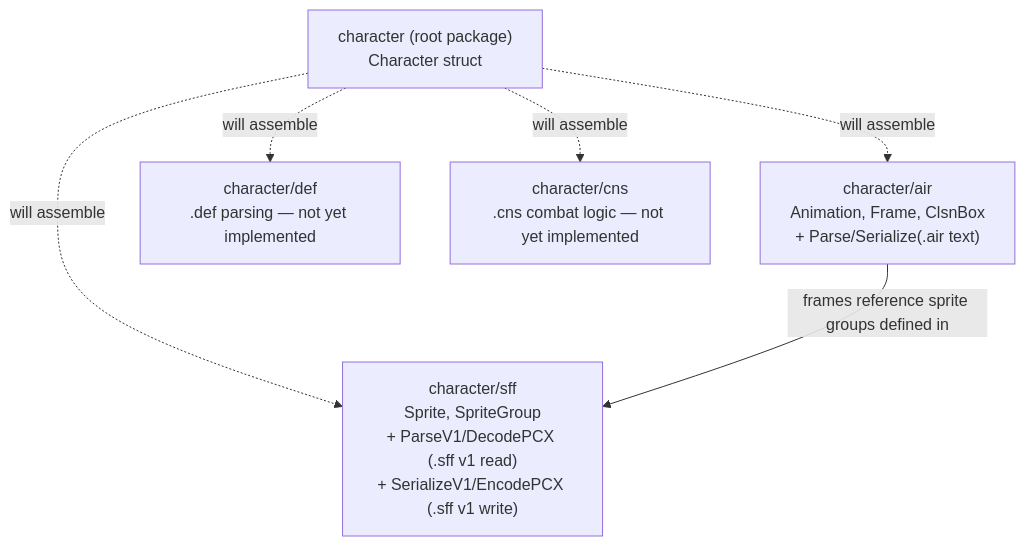
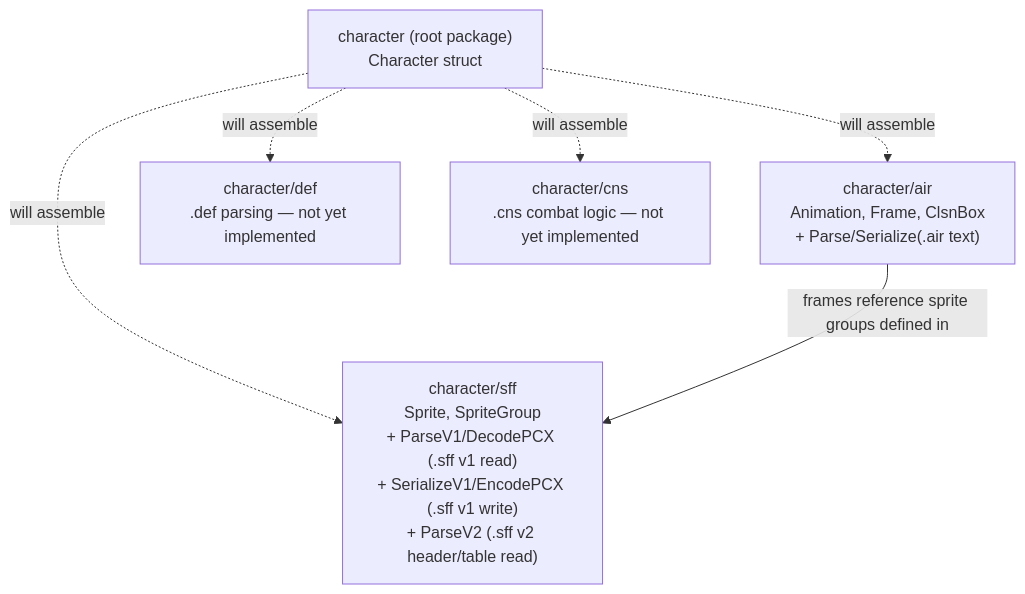
Before and after one commit to openkakutou/character: the diagram in docs/architecture.md, drawn with Mermaid. The commit also changed other lines of this file and 11 other files, not shown here.

````diff
--- a/docs/architecture.md
+++ b/docs/architecture.md
@@ -11,14 +11,14 @@
 ```mermaid
 graph TD
     root["character (root package)<br/>Character struct"]
     air["character/air<br/>Animation, Frame, ClsnBox<br/>+ Parse/Serialize(.air text)"]
     def["character/def<br/>.def parsing — not yet implemented"]
-    sff["character/sff<br/>Sprite, SpriteGroup<br/>+ ParseV1/DecodePCX (.sff v1 read)<br/>+ SerializeV1/EncodePCX (.sff v1 write)"]
+    sff["character/sff<br/>Sprite, SpriteGroup<br/>+ ParseV1/DecodePCX (.sff v1 read)<br/>+ SerializeV1/EncodePCX (.sff v1 write)<br/>+ ParseV2 (.sff v2 header/table read)"]
     cns["character/cns<br/>.cns combat logic — not yet implemented"]
 
     root -.->|will assemble| air
     root -.->|will assemble| def
     root -.->|will assemble| sff
     root -.->|will assemble| cns
     air -->|frames reference sprite groups defined in| sff
 ```
````
